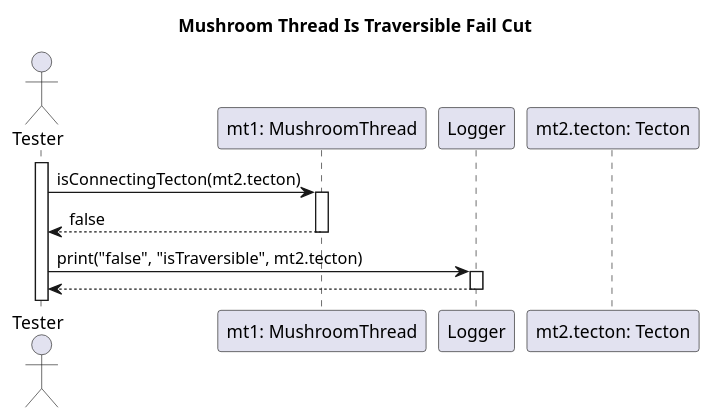
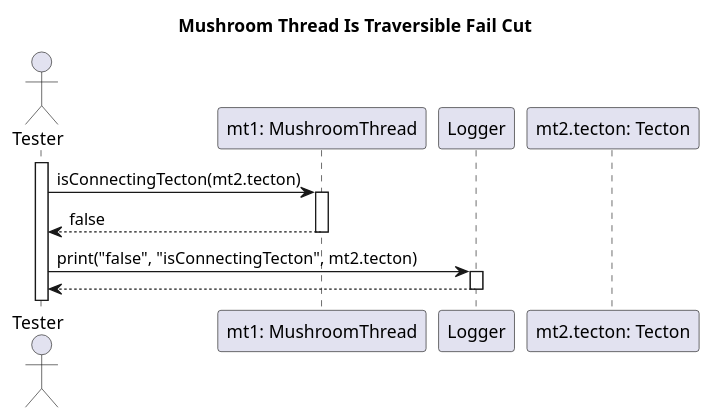
One commit to dzsem/projlab changed the diagram in diagrams/test-sequence/mushroom/connectingTectonFailCut.wsd. Above: the diagram before and after it, drawn with PlantUML. The commit also changed 2 other files, not shown here.

Commit message:
Fixed logger message in connectingTecton sd-s

```diff
--- a/diagrams/test-sequence/mushroom/connectingTectonFailCut.wsd
+++ b/diagrams/test-sequence/mushroom/connectingTectonFailCut.wsd
@@ -1,22 +1,22 @@
 @startuml Mushroom Thread Is Traversible Fail Cut
 
 title Mushroom Thread Is Traversible Fail Cut
 
 actor "Tester" as tester
 
 participant "mt1: MushroomThread" as mt1
 participant "Logger" as logger
 participant "mt2.tecton: Tecton" as t2
 
 activate tester
 tester -> mt1: isConnectingTecton(mt2.tecton)
 activate mt1
 mt1 --> tester: false
 deactivate mt1
 
-tester -> logger: print("false", "isTraversible", mt2.tecton)
+tester -> logger: print("false", "isConnectingTecton", mt2.tecton)
 activate logger
 logger --> tester
 deactivate logger
 
 @enduml
```
